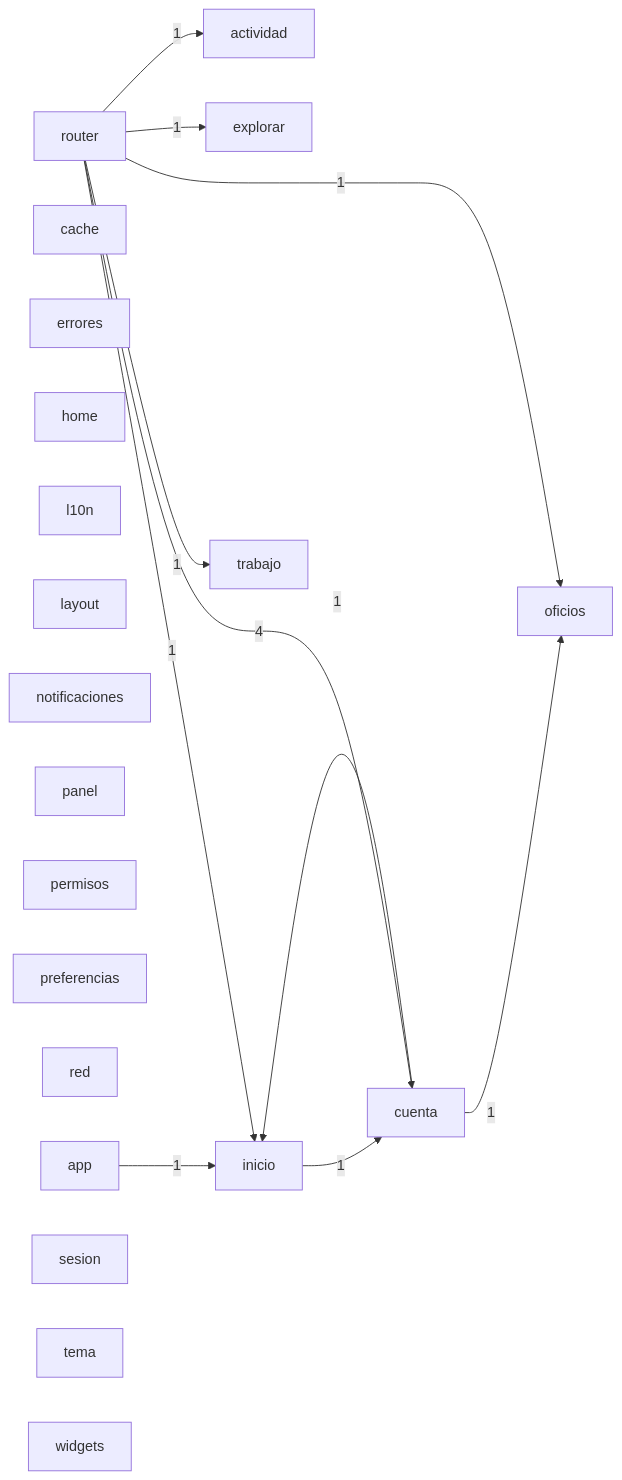
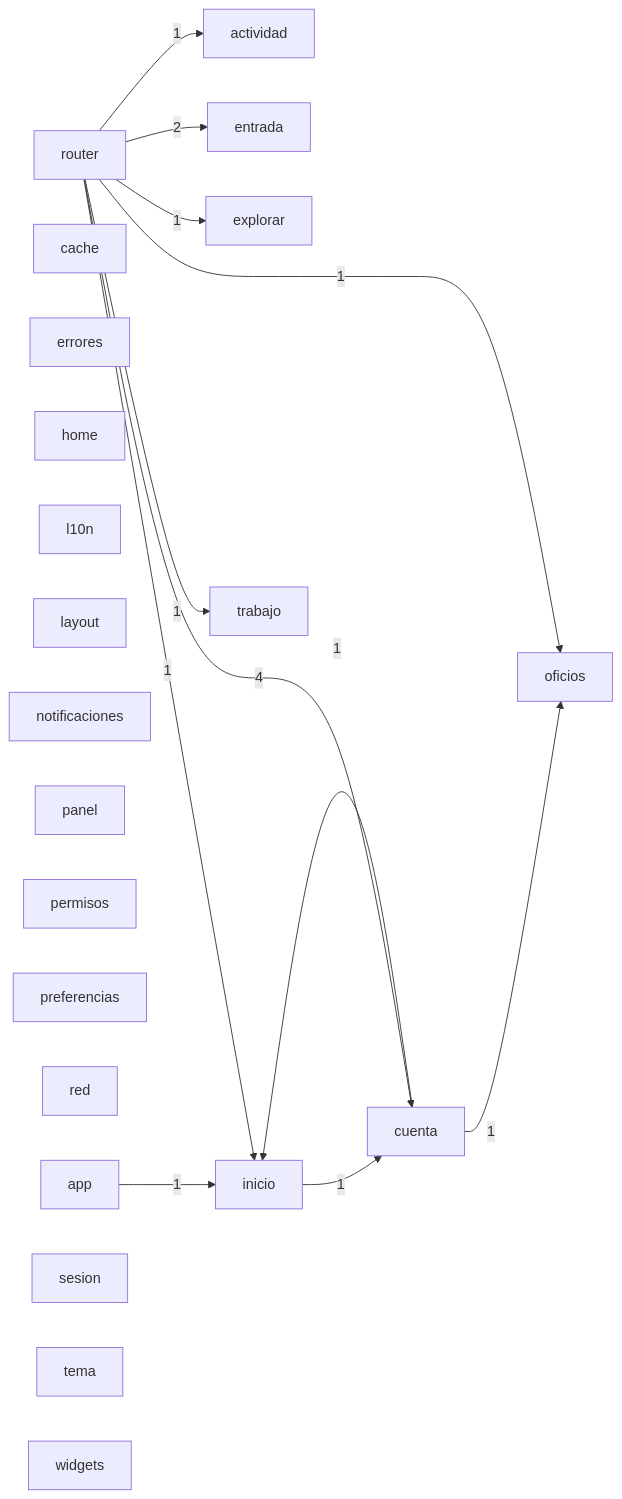
The diagram in docs/architecture/modules.mmd (JulianH2/knock-frontend), drawn with Mermaid before and after one commit. The commit also changed 19 other files, not shown here.

```diff
--- a/docs/architecture/modules.mmd
+++ b/docs/architecture/modules.mmd
@@ -1,32 +1,34 @@
 graph LR
   actividad["actividad"]
   app["app"]
   cache["cache"]
   cuenta["cuenta"]
+  entrada["entrada"]
   errores["errores"]
   explorar["explorar"]
   home["home"]
   inicio["inicio"]
   l10n["l10n"]
   layout["layout"]
   notificaciones["notificaciones"]
   oficios["oficios"]
   panel["panel"]
   permisos["permisos"]
   preferencias["preferencias"]
   red["red"]
   router["router"]
   sesion["sesion"]
   tema["tema"]
   trabajo["trabajo"]
   widgets["widgets"]
   app -->|1| inicio
   cuenta -->|1| inicio
   cuenta -->|1| oficios
   inicio -->|1| cuenta
   router -->|1| actividad
   router -->|4| cuenta
+  router -->|2| entrada
   router -->|1| explorar
   router -->|1| inicio
   router -->|1| oficios
   router -->|1| trabajo
```
